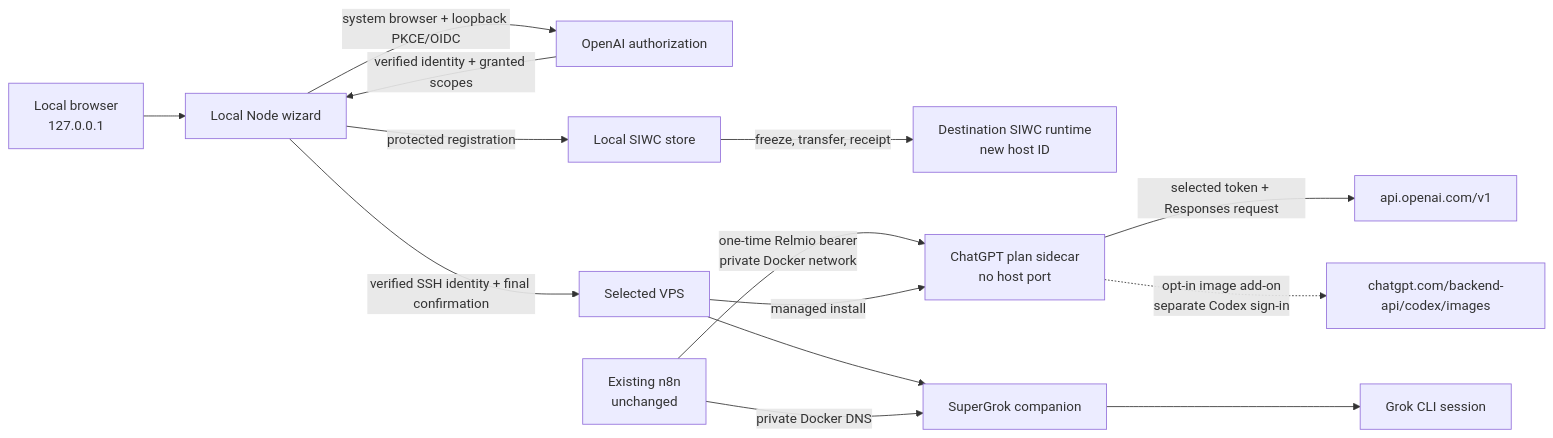
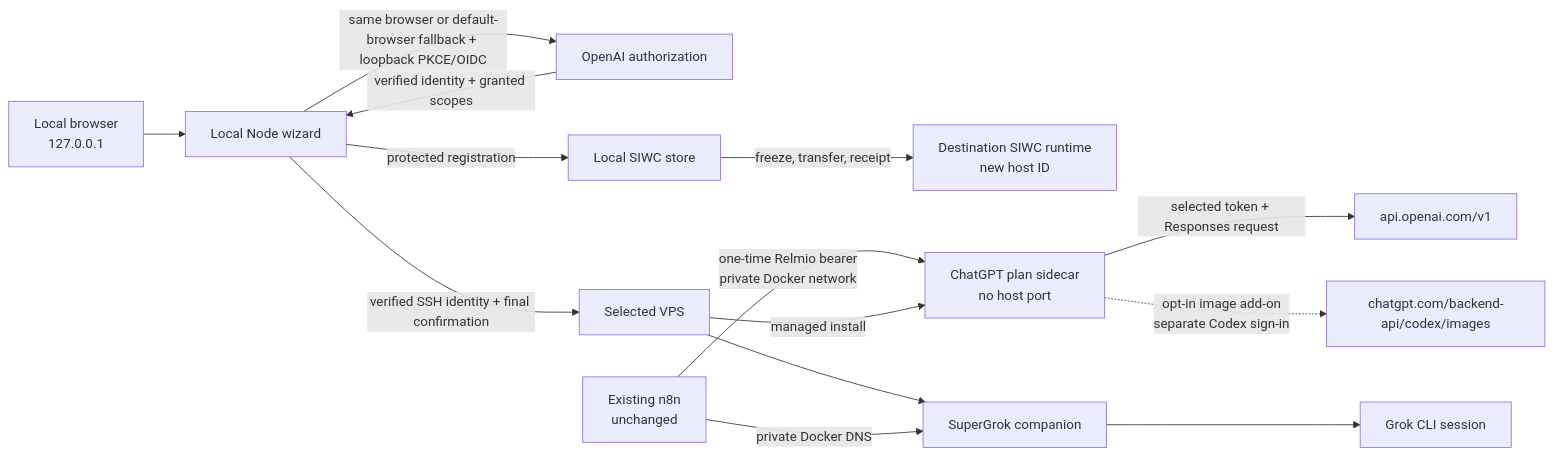
Before and after one commit to Demonbane18/relmio: the first of 2 diagrams in docs/architecture.md, drawn with Mermaid. The commit also changed 19 other files, not shown here.

First line of the commit message:
Record the same-browser sign-in source check and fix v0.22.1 docs (#122)

````diff
--- a/docs/architecture.md
+++ b/docs/architecture.md
@@ -11,16 +11,16 @@
 ```mermaid
 flowchart LR
   B["Local browser<br>127.0.0.1"] --> W["Local Node wizard"]
-  W -->|"system browser + loopback PKCE/OIDC"| A["OpenAI authorization"]
+  W -->|"same browser or default-browser fallback + loopback PKCE/OIDC"| A["OpenAI authorization"]
   A -->|"verified identity + granted scopes"| W
   W -->|"protected registration"| L["Local SIWC store"]
   W -->|"verified SSH identity + final confirmation"| V["Selected VPS"]
   L -->|"freeze, transfer, receipt"| R["Destination SIWC runtime<br>new host ID"]
   N["Existing n8n<br>unchanged"] -->|"one-time Relmio bearer<br>private Docker network"| S["ChatGPT plan sidecar<br>no host port"]
   S -->|"selected token + Responses request"| O["api.openai.com/v1"]
   S -.->|"opt-in image add-on<br>separate Codex sign-in"| I["chatgpt.com/backend-api/codex/images"]
   V -->|"managed install"| S
   V --> Q["SuperGrok companion"]
   N -->|"private Docker DNS"| Q
   Q --> X["Grok CLI session"]
 ```
````
